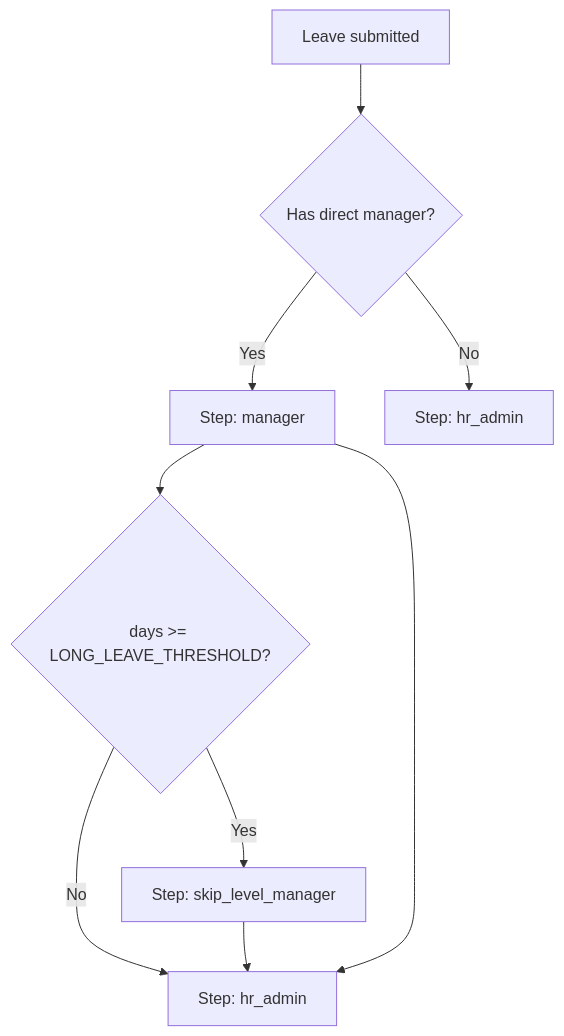
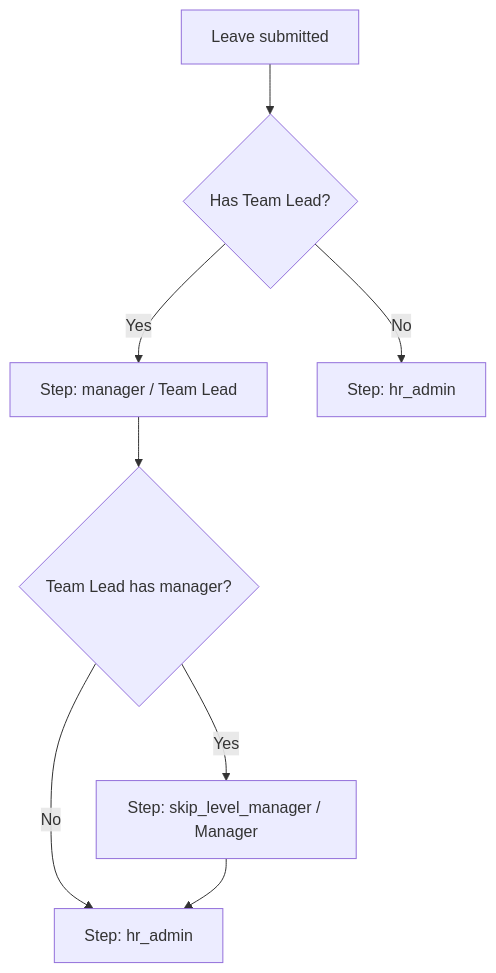
The sixth of 12 diagrams in AMS_ENGINEERING_REVIEW.md (varshithdharmaj/zebl-hrms-), drawn with Mermaid before and after one commit. The commit also changed other lines of this file and 20 other files, not shown here.

````diff
--- a/AMS_ENGINEERING_REVIEW.md
+++ b/AMS_ENGINEERING_REVIEW.md
@@ -446,11 +446,10 @@
 ```mermaid
 flowchart TD
-  Start[Leave submitted] --> M{Has direct manager?}
-  M -->|Yes| Step1[Step: manager]
+  Start[Leave submitted] --> M{Has Team Lead?}
+  M -->|Yes| Step1[Step: manager / Team Lead]
   M -->|No| HR[Step: hr_admin]
-  Step1 --> L{days >= LONG_LEAVE_THRESHOLD?}
-  L -->|Yes| Skip[Step: skip_level_manager]
+  Step1 --> L{Team Lead has manager?}
+  L -->|Yes| Skip[Step: skip_level_manager / Manager]
   L -->|No| HR2[Step: hr_admin]
   Skip --> HR2
-  Step1 --> HR2
 ```
````
